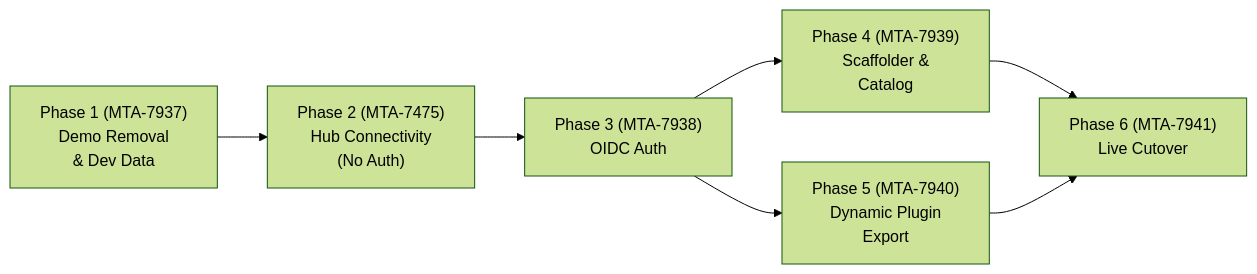
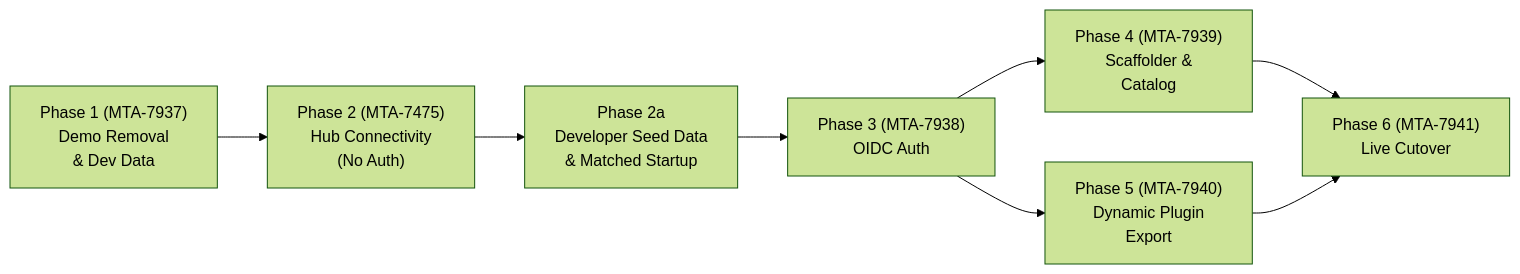
One commit to sjd78/konveyor-backstage changed the fourth of 4 diagrams in implementation plan 2026-09-01.md. Above: the diagram before and after it, drawn with Mermaid (forest theme). The commit also changed other lines of this file and 144 other files, not shown here.

````diff
--- a/implementation plan 2026-09-01.md
+++ b/implementation plan 2026-09-01.md
@@ -842,16 +1003,18 @@
 ```mermaid
 graph LR
     P1["Phase 1 (MTA-7937)<br/>Demo Removal<br/>& Dev Data"]
     P2["Phase 2 (MTA-7475)<br/>Hub Connectivity<br/>(No Auth)"]
+    P2a["Phase 2a<br/>Developer Seed Data<br/>& Matched Startup"]
     P3["Phase 3 (MTA-7938)<br/>OIDC Auth"]
     P4["Phase 4 (MTA-7939)<br/>Scaffolder &<br/>Catalog"]
     P5["Phase 5 (MTA-7940)<br/>Dynamic Plugin<br/>Export"]
     P6["Phase 6 (MTA-7941)<br/>Live Cutover"]
 
     P1 --> P2
-    P2 --> P3
+    P2 --> P2a
+    P2a --> P3
     P3 --> P4
     P3 --> P5
     P4 --> P6
     P5 --> P6
 ```
````
